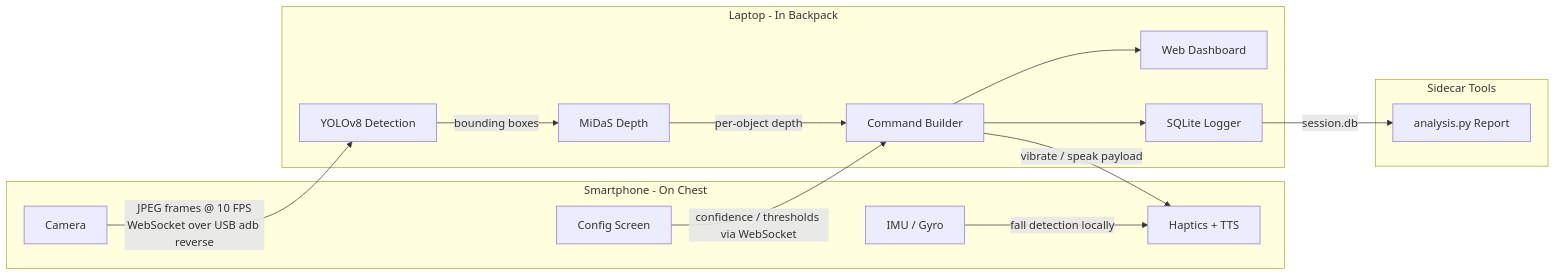
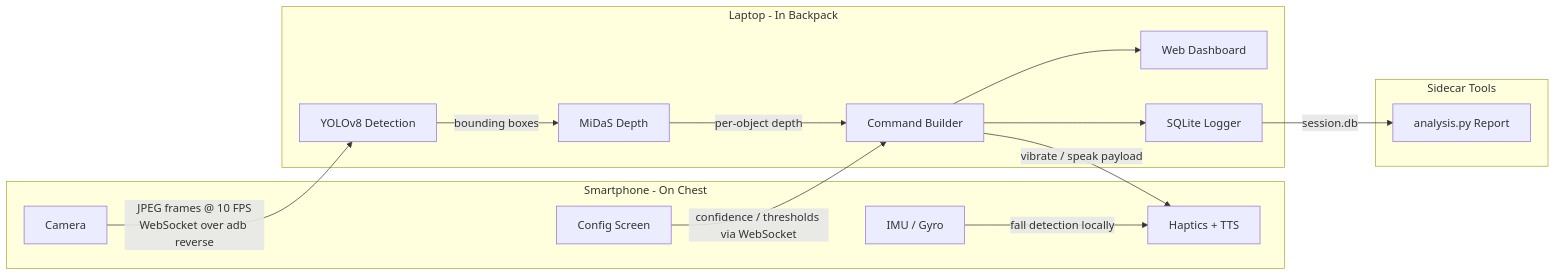
The diagram in README.md (waitasecant/nav-assist), drawn with Mermaid before and after one commit. The commit also changed other lines of this file and 2 other files, not shown here.

First line of the commit message:
feat: implement automatic adb reverse tunnel management

````diff
--- a/README.md
+++ b/README.md
@@ -13,31 +13,31 @@
 ```mermaid
 graph LR
     subgraph Phone [Smartphone - On Chest]
         CAM[Camera]
         IMU[IMU / Gyro]
         FB[Haptics + TTS]
         CFG[Config Screen]
     end
 
     subgraph PC [Laptop - In Backpack]
         YOLO[YOLOv8 Detection]
         MIDAS[MiDaS Depth]
         CMD[Command Builder]
         DASH[Web Dashboard]
         LOG[SQLite Logger]
     end
 
     subgraph Tools [Sidecar Tools]
         ANA[analysis.py Report]
     end
 
-    CAM -->|JPEG frames @ 10 FPS\nWebSocket over USB adb reverse| YOLO
+    CAM -->|JPEG frames @ 10 FPS\nWebSocket over adb reverse| YOLO
     YOLO -->|bounding boxes| MIDAS
     MIDAS -->|per-object depth| CMD
     CMD -->|vibrate / speak payload| FB
     IMU -->|fall detection locally| FB
     CFG -->|confidence / thresholds via WebSocket| CMD
     CMD --> LOG
     CMD --> DASH
     LOG -->|session.db| ANA
 ```
````
